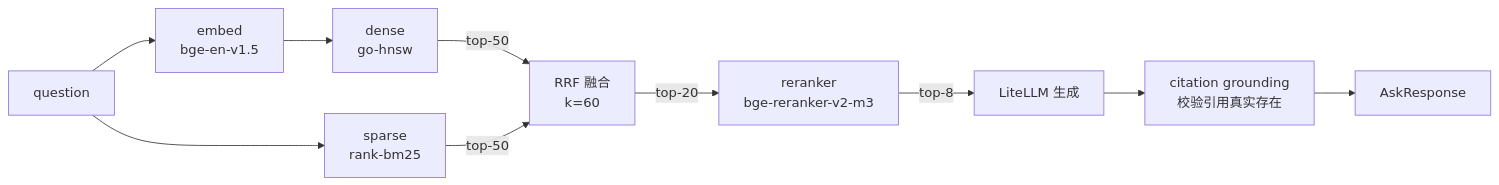
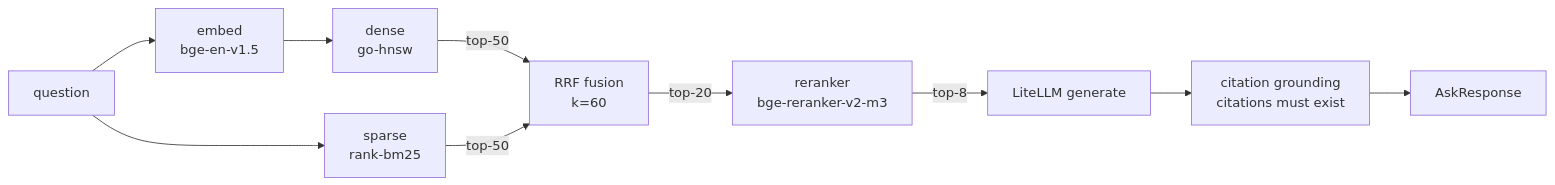
Before and after one commit to AndyUneducated/repo-sage: the first of 2 diagrams in docs/plans/phase-2-retrieval.md, drawn with Mermaid. The commit also changed other lines of this file and 14 other files, not shown here.

````diff
--- a/docs/plans/phase-2-retrieval.md
+++ b/docs/plans/phase-2-retrieval.md
@@ -18,12 +18,12 @@
 ```mermaid
 flowchart LR
   Q["question"] --> E["embed<br/>bge-en-v1.5"]
   E --> Dense["dense<br/>go-hnsw"]
   Q --> Sparse["sparse<br/>rank-bm25"]
-  Dense -->|top-50| RRF["RRF 融合<br/>k=60"]
+  Dense -->|top-50| RRF["RRF fusion<br/>k=60"]
   Sparse -->|top-50| RRF
   RRF -->|top-20| Rerank["reranker<br/>bge-reranker-v2-m3"]
-  Rerank -->|top-8| LLM["LiteLLM 生成"]
-  LLM --> Ground["citation grounding<br/>校验引用真实存在"]
+  Rerank -->|top-8| LLM["LiteLLM generate"]
+  LLM --> Ground["citation grounding<br/>citations must exist"]
   Ground --> Resp["AskResponse"]
 ```
````
